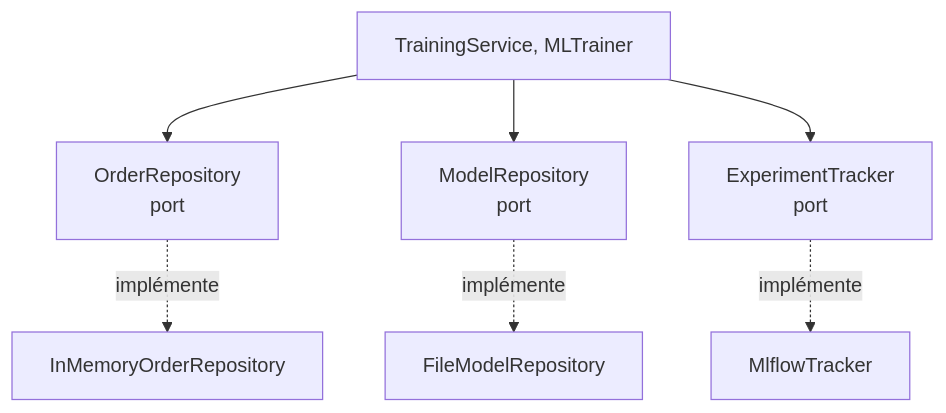
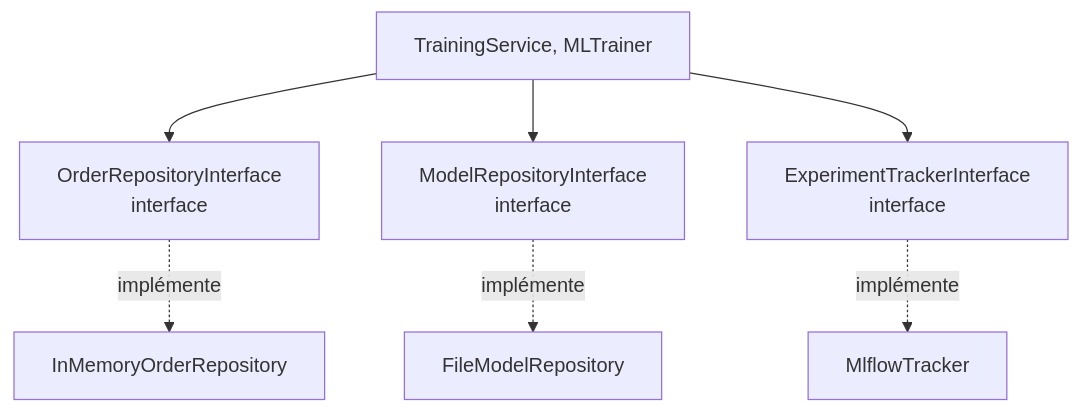
Before and after one commit to Golem953/eligibilite-livraison-express: the sixth of 7 diagrams in ARCHITECTURE-livraison-express-lite.md, drawn with Mermaid. The commit also changed other lines of this file and 3 other files, not shown here.

````diff
--- a/ARCHITECTURE-livraison-express-lite.md
+++ b/ARCHITECTURE-livraison-express-lite.md
@@ -315,16 +324,16 @@
 ```mermaid
 flowchart TB
     APP[TrainingService, MLTrainer]
-    OR[OrderRepository<br/>port]
-    MR[ModelRepository<br/>port]
-    ET[ExperimentTracker<br/>port]
+    OR[OrderRepositoryInterface<br/>interface]
+    MR[ModelRepositoryInterface<br/>interface]
+    ET[ExperimentTrackerInterface<br/>interface]
     IM[InMemoryOrderRepository]
     FM[FileModelRepository]
     MT[MlflowTracker]
     APP --> OR
     APP --> MR
     APP --> ET
     OR -. implémente .-> IM
     MR -. implémente .-> FM
     ET -. implémente .-> MT
 ```
````
